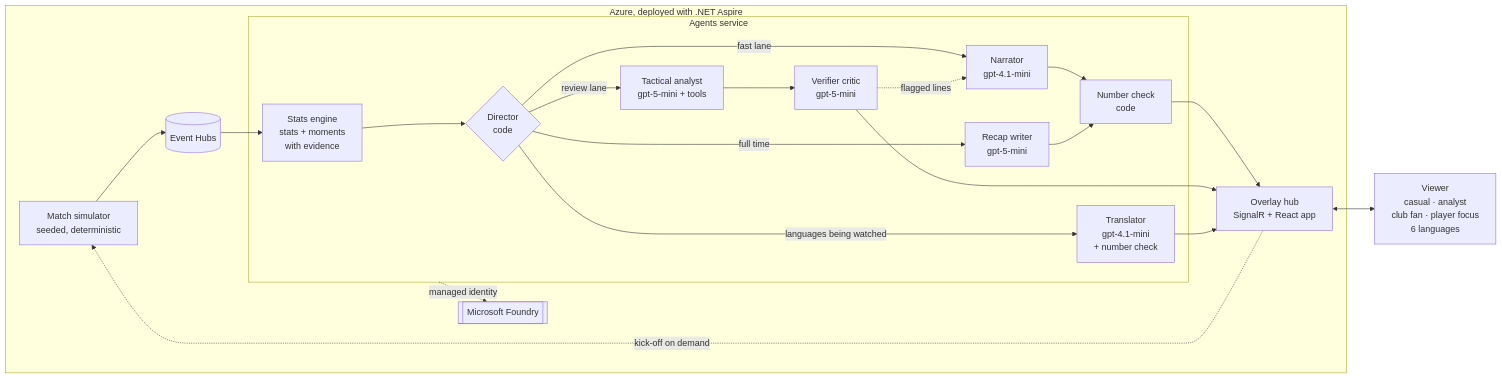
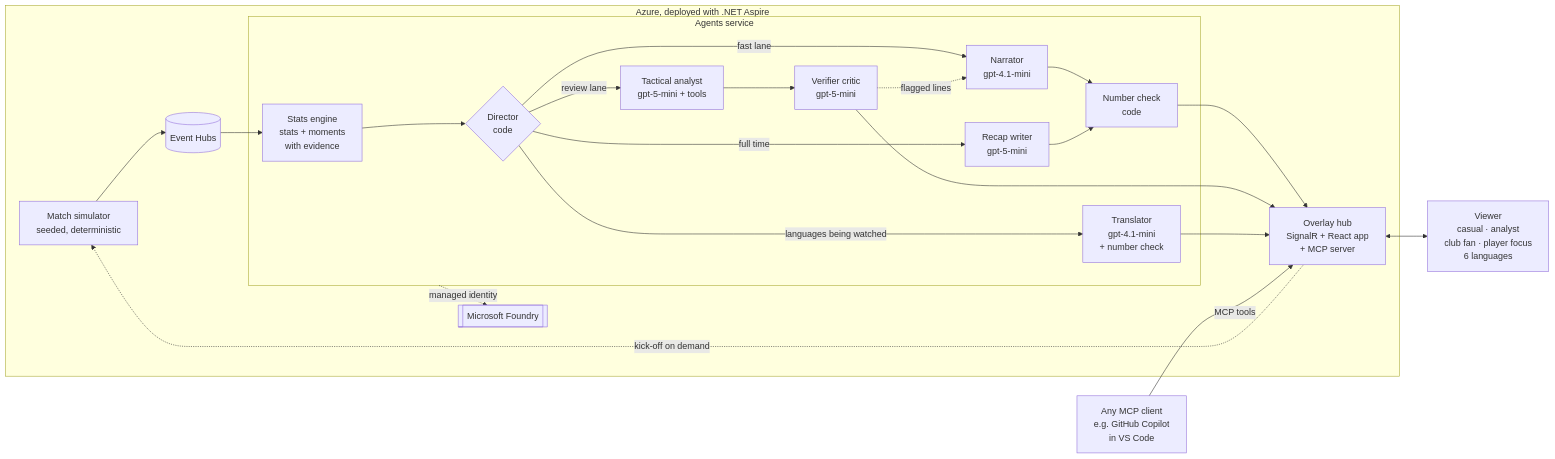
The diagram in README.md (paulap887/matchdirector), drawn with Mermaid before and after one commit. The commit also changed other lines of this file and 10 other files, not shown here.

````diff
--- a/README.md
+++ b/README.md
@@ -23,30 +23,32 @@
 ```mermaid
 flowchart LR
     subgraph Azure["Azure, deployed with .NET Aspire"]
         SIM[Match simulator<br/>seeded, deterministic]
         EH[(Event Hubs)]
         subgraph Agents["Agents service"]
             SE[Stats engine<br/>stats + moments<br/>with evidence]
             DIR{Director<br/>code}
             NAR[Narrator<br/>gpt-4.1-mini]
             CHK[Number check<br/>code]
             ANA[Tactical analyst<br/>gpt-5-mini + tools]
             CRI[Verifier critic<br/>gpt-5-mini]
             REC[Recap writer<br/>gpt-5-mini]
             TRN[Translator<br/>gpt-4.1-mini<br/>+ number check]
         end
-        HUB[Overlay hub<br/>SignalR + React app]
+        HUB[Overlay hub<br/>SignalR + React app<br/>+ MCP server]
         FOUNDRY[[Microsoft Foundry]]
     end
     UI[Viewer<br/>casual · analyst<br/>club fan · player focus<br/>6 languages]
+    EXT[Any MCP client<br/>e.g. GitHub Copilot<br/>in VS Code]
 
     SIM --> EH --> SE --> DIR
     DIR -- fast lane --> NAR --> CHK --> HUB
     DIR -- review lane --> ANA --> CRI --> HUB
     CRI -. flagged lines .-> NAR
     DIR -- full time --> REC --> CHK
     DIR -- languages being watched --> TRN --> HUB
     HUB <--> UI
+    EXT -- MCP tools --> HUB
     HUB -. kick-off on demand .-> SIM
     Agents -. managed identity .-> FOUNDRY
 ```
````
